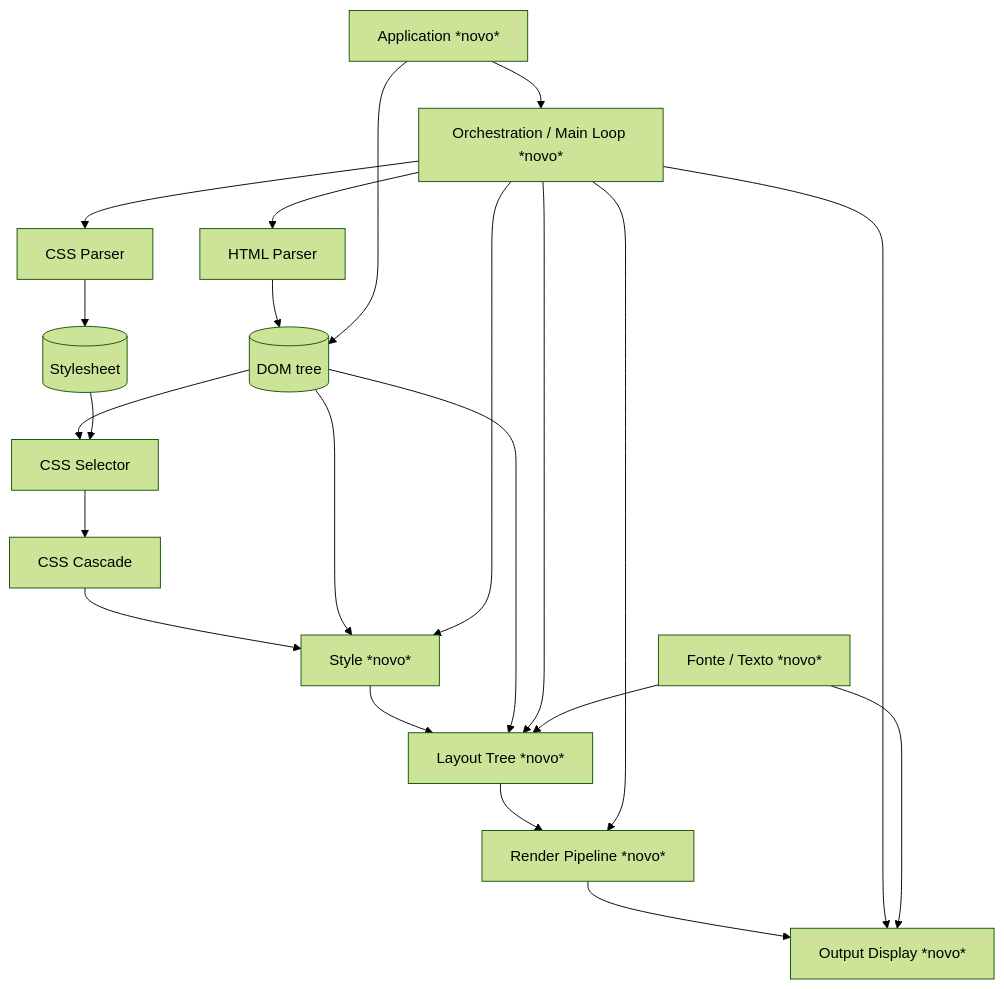
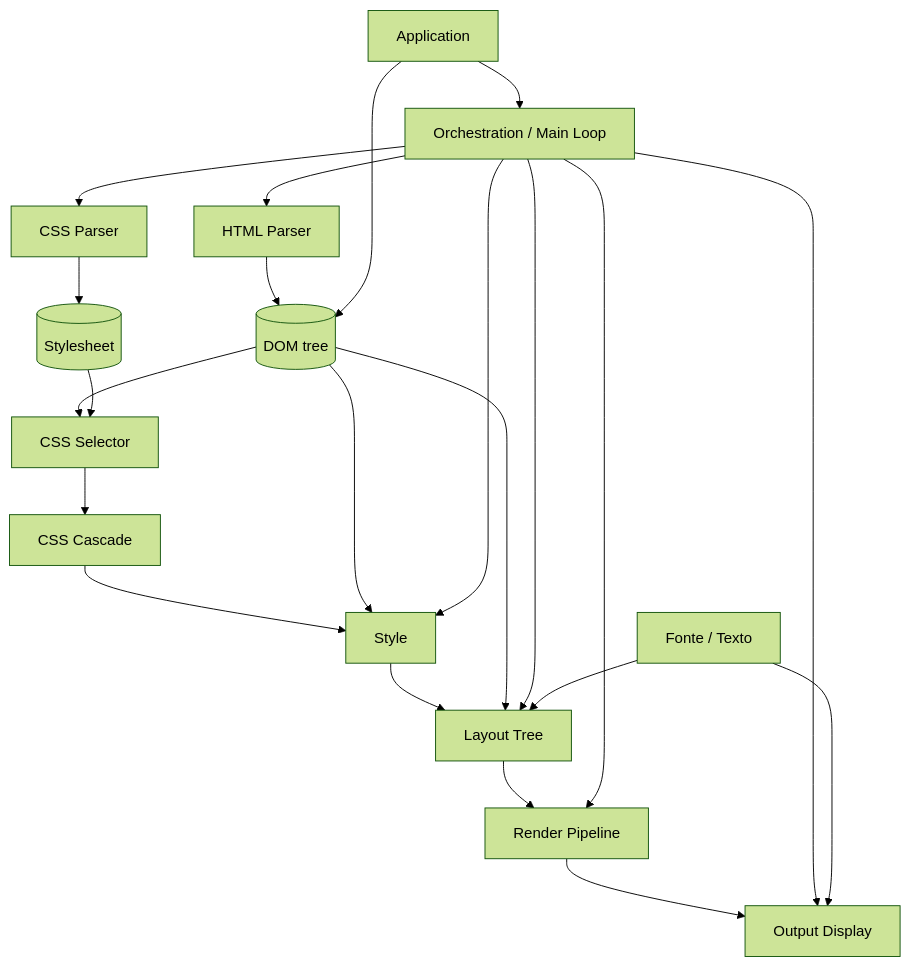
The diagram in ARCHITECTURE.md (welldias/tbox-lib), drawn with Mermaid (forest theme) before and after one commit. The commit also changed other lines of this file and 12 other files, not shown here.

````diff
--- a/ARCHITECTURE.md
+++ b/ARCHITECTURE.md
@@ -31,24 +33,24 @@
 ```mermaid
 flowchart TB
     HTML[HTML Parser] --> DOM[(DOM tree)]
     CSS[CSS Parser] --> SS[(Stylesheet)]
     DOM --> SEL[CSS Selector]
     SS --> SEL
     SEL --> CASC[CSS Cascade]
-    CASC --> STY[Style *novo*]
+    CASC --> STY[Style]
     DOM --> STY
-    STY --> LAY[Layout Tree *novo*]
+    STY --> LAY[Layout Tree]
     DOM --> LAY
-    LAY --> REN[Render Pipeline *novo*]
-    REN --> OUT[Output Display *novo*]
-    ORCH[Orchestration / Main Loop *novo*] --> HTML
+    LAY --> REN[Render Pipeline]
+    REN --> OUT[Output Display]
+    ORCH[Orchestration / Main Loop] --> HTML
     ORCH --> CSS
     ORCH --> STY
     ORCH --> LAY
     ORCH --> REN
     ORCH --> OUT
-    APP[Application *novo*] --> ORCH
+    APP[Application] --> ORCH
     APP --> DOM
-    FONT[Fonte / Texto *novo*] --> LAY
+    FONT[Fonte / Texto] --> LAY
     FONT --> OUT
 ```
````
